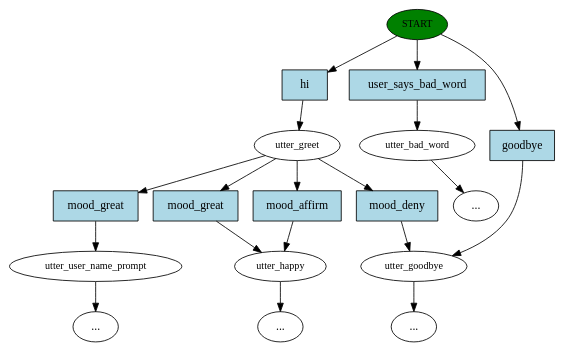
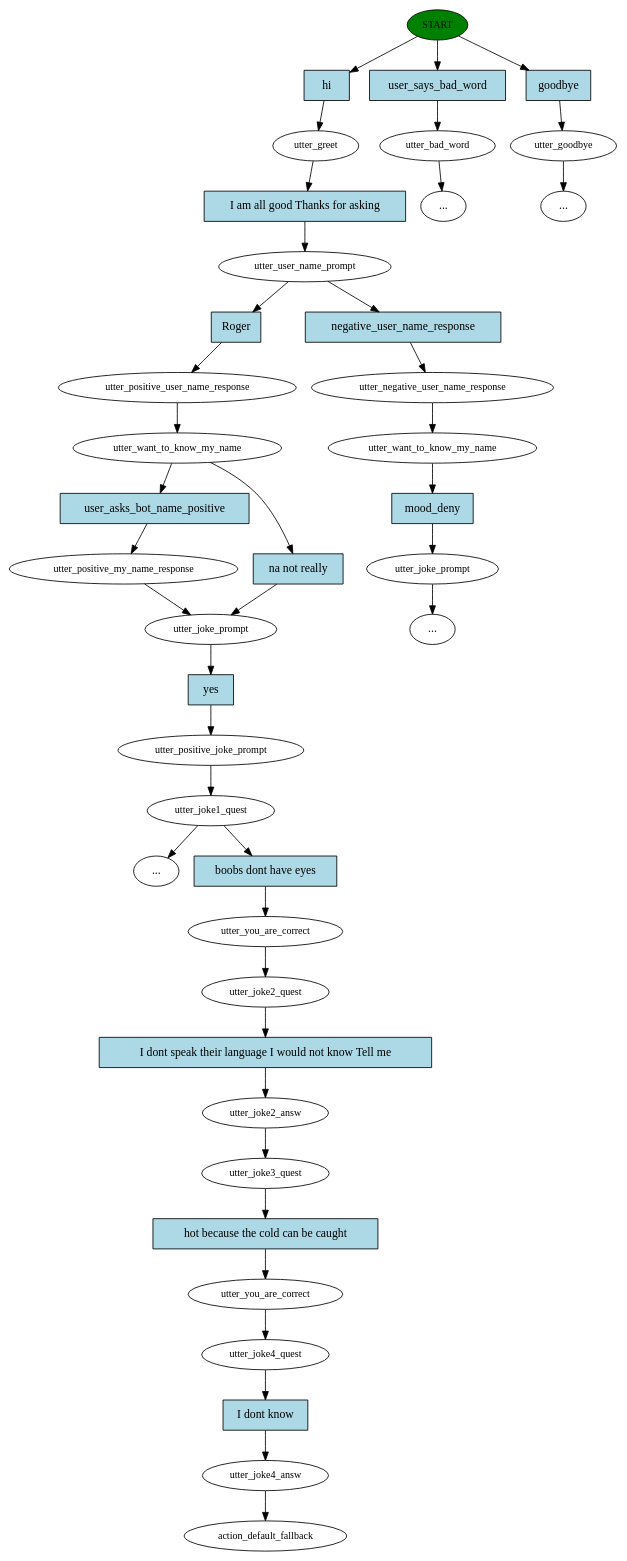
Before and after one commit to roger1891/Jiggabot: the diagram in story_graph.dot, drawn with Graphviz. The commit also changed 22 other files, not shown here.

```diff
--- a/story_graph.dot
+++ b/story_graph.dot
@@ -1,37 +1,82 @@
 digraph  {
 0 [class="start active", fillcolor=green, fontsize=12, label=START, style=filled];
-1 [class="active dashed", fontsize=12, label=utter_greet];
-2 [class="", fontsize=12, label=utter_user_name_prompt];
+1 [class=active, fontsize=12, label=utter_greet];
+2 [class=active, fontsize=12, label=utter_user_name_prompt];
+3 [class=active, fontsize=12, label=utter_positive_user_name_response];
+4 [class=active, fontsize=12, label=utter_want_to_know_my_name];
+5 [class="", fontsize=12, label=utter_positive_my_name_response];
+6 [class=active, fontsize=12, label=utter_joke_prompt];
+7 [class=active, fontsize=12, label=utter_positive_joke_prompt];
+8 [class=active, fontsize=12, label=utter_joke1_quest];
+35 [class="", fontsize=12, label=utter_negative_user_name_response];
+36 [class="", fontsize=12, label=utter_want_to_know_my_name];
+37 [class="", fontsize=12, label=utter_joke_prompt];
 "-8" [class=ellipsis, label="..."];
-13 [class="", fontsize=12, label=utter_bad_word];
+43 [class="", fontsize=12, label=utter_bad_word];
 "-9" [class=ellipsis, label="..."];
-15 [class="", fontsize=12, label=utter_happy];
+44 [class="", fontsize=12, label=utter_goodbye];
+"-10" [class=ellipsis, label="..."];
 "-11" [class=ellipsis, label="..."];
-19 [class="", fontsize=12, label=utter_goodbye];
-"-13" [class=ellipsis, label="..."];
-22 [class="intent active", fillcolor=lightblue, label=hi, shape=rect, style=filled];
-23 [class=intent, fillcolor=lightblue, label=user_says_bad_word, shape=rect, style=filled];
-24 [class=intent, fillcolor=lightblue, label=goodbye, shape=rect, style=filled];
-25 [class=intent, fillcolor=lightblue, label=mood_great, shape=rect, style=filled];
-26 [class=intent, fillcolor=lightblue, label=mood_great, shape=rect, style=filled];
-27 [class=intent, fillcolor=lightblue, label=mood_affirm, shape=rect, style=filled];
-28 [class=intent, fillcolor=lightblue, label=mood_deny, shape=rect, style=filled];
-0 -> 22  [class=active, key=0];
-0 -> 23  [class="", key=0];
-0 -> 24  [class="", key=0];
-1 -> 25  [class="", key=0];
-1 -> 26  [class="", key=0];
-1 -> 27  [class="", key=0];
-1 -> 28  [class="", key=0];
-2 -> "-8"  [class="", key=NONE, label=""];
-13 -> "-9"  [class="", key=NONE, label=""];
-15 -> "-11"  [class="", key=NONE, label=""];
-19 -> "-13"  [class="", key=NONE, label=""];
-22 -> 1  [class=active, key=0];
-23 -> 13  [class="", key=0];
-24 -> 19  [class="", key=0];
-25 -> 2  [class="", key=0];
-26 -> 15  [class="", key=0];
-27 -> 15  [class="", key=0];
-28 -> 19  [class="", key=0];
+60 [class=active, fontsize=12, label=utter_you_are_correct];
+61 [class=active, fontsize=12, label=utter_joke2_quest];
+62 [class=active, fontsize=12, label=utter_joke2_answ];
+63 [class=active, fontsize=12, label=utter_joke3_quest];
+64 [class=active, fontsize=12, label=utter_you_are_correct];
+65 [class=active, fontsize=12, label=utter_joke4_quest];
+66 [class=active, fontsize=12, label=utter_joke4_answ];
+67 [class="dashed active", fontsize=12, label=action_default_fallback];
+68 [class="intent active", fillcolor=lightblue, label=hi, shape=rect, style=filled];
+69 [class=intent, fillcolor=lightblue, label=user_says_bad_word, shape=rect, style=filled];
+70 [class=intent, fillcolor=lightblue, label=goodbye, shape=rect, style=filled];
+71 [class="intent active", fillcolor=lightblue, label="I am all good Thanks for asking", shape=rect, style=filled];
+72 [class="intent active", fillcolor=lightblue, label=Roger, shape=rect, style=filled];
+73 [class=intent, fillcolor=lightblue, label=negative_user_name_response, shape=rect, style=filled];
+74 [class=intent, fillcolor=lightblue, label=user_asks_bot_name_positive, shape=rect, style=filled];
+75 [class="intent active", fillcolor=lightblue, label="na not really", shape=rect, style=filled];
+76 [class="intent active", fillcolor=lightblue, label=yes, shape=rect, style=filled];
+77 [class="intent active", fillcolor=lightblue, label="boobs dont have eyes", shape=rect, style=filled];
+78 [class=intent, fillcolor=lightblue, label=mood_deny, shape=rect, style=filled];
+79 [class="intent active", fillcolor=lightblue, label="I dont speak their language I would not know Tell me", shape=rect, style=filled];
+80 [class="intent active", fillcolor=lightblue, label="hot because the cold can be caught", shape=rect, style=filled];
+81 [class="intent active", fillcolor=lightblue, label="I dont know", shape=rect, style=filled];
+0 -> 68  [class=active, key=0];
+0 -> 69  [class="", key=0];
+0 -> 70  [class="", key=0];
+1 -> 71  [class=active, key=0];
+2 -> 72  [class=active, key=0];
+2 -> 73  [class="", key=0];
+3 -> 4  [class=active, key=NONE, label=""];
+4 -> 74  [class="", key=0];
+4 -> 75  [class=active, key=0];
+5 -> 6  [class="", key=NONE, label=""];
+6 -> 76  [class=active, key=0];
+7 -> 8  [class=active, key=NONE, label=""];
+8 -> "-11"  [class="", key=NONE, label=""];
+8 -> 77  [class=active, key=0];
+35 -> 36  [class="", key=NONE, label=""];
+36 -> 78  [class="", key=0];
+37 -> "-8"  [class="", key=NONE, label=""];
+43 -> "-9"  [class="", key=NONE, label=""];
+44 -> "-10"  [class="", key=NONE, label=""];
+60 -> 61  [class=active, key=NONE, label=""];
+61 -> 79  [class=active, key=0];
+62 -> 63  [class=active, key=NONE, label=""];
+63 -> 80  [class=active, key=0];
+64 -> 65  [class=active, key=NONE, label=""];
+65 -> 81  [class=active, key=0];
+66 -> 67  [class=active, key=NONE, label=""];
+68 -> 1  [class=active, key=0];
+69 -> 43  [class="", key=0];
+70 -> 44  [class="", key=0];
+71 -> 2  [class=active, key=0];
+72 -> 3  [class=active, key=0];
+73 -> 35  [class="", key=0];
+74 -> 5  [class="", key=0];
+75 -> 6  [class=active, key=0];
+76 -> 7  [class=active, key=0];
+77 -> 60  [class=active, key=0];
+78 -> 37  [class="", key=0];
+79 -> 62  [class=active, key=0];
+80 -> 64  [class=active, key=0];
+81 -> 66  [class=active, key=0];
 }
```
